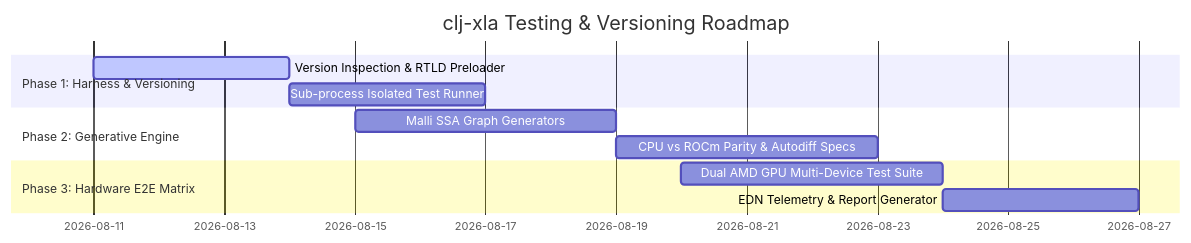
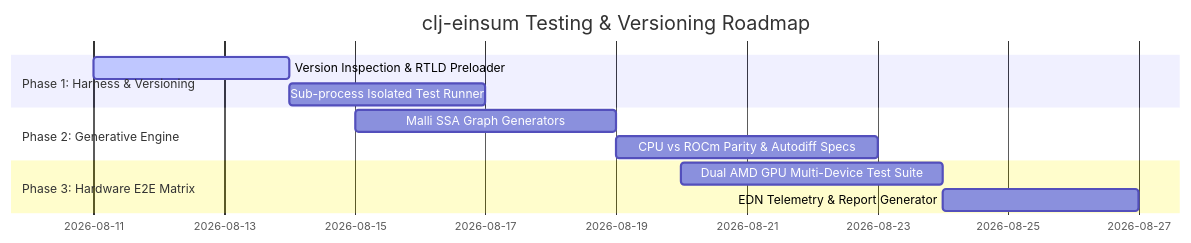
The diagram in docs/architecture/pjrt/PJRT_DEVICE_TESTING_PLAN.md (alpeware/clj-einsum), drawn with Mermaid before and after one commit. The commit also changed other lines of this file and 52 other files, not shown here.

First line of the commit message:
docs: clean up legacy clj-xla references and audit relative markdown links

````diff
--- a/docs/architecture/pjrt/PJRT_DEVICE_TESTING_PLAN.md
+++ b/docs/architecture/pjrt/PJRT_DEVICE_TESTING_PLAN.md
@@ -235,14 +235,14 @@
 ```mermaid
 gantt
-    title clj-xla Testing & Versioning Roadmap
+    title clj-einsum Testing & Versioning Roadmap
     dateFormat  YYYY-MM-DD
     section Phase 1: Harness & Versioning
     Version Inspection & RTLD Preloader    :active, p1_1, 2026-08-11, 3d
     Sub-process Isolated Test Runner       :p1_2, after p1_1, 3d
     section Phase 2: Generative Engine
     Malli SSA Graph Generators             :p2_1, 2026-08-15, 4d
     CPU vs ROCm Parity & Autodiff Specs    :p2_2, after p2_1, 4d
     section Phase 3: Hardware E2E Matrix
     Dual AMD GPU Multi-Device Test Suite   :p3_1, 2026-08-20, 4d
     EDN Telemetry & Report Generator       :p3_2, after p3_1, 3d
 ```
````
